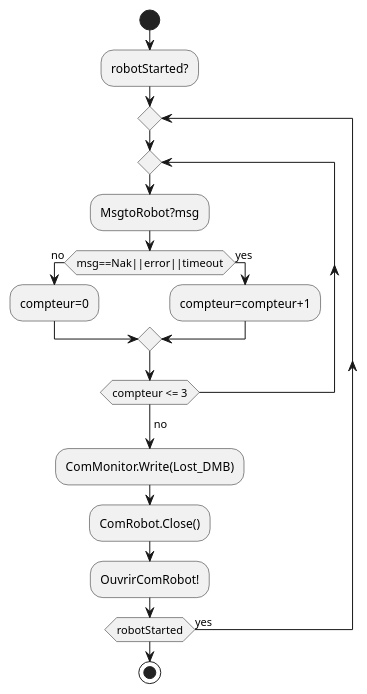
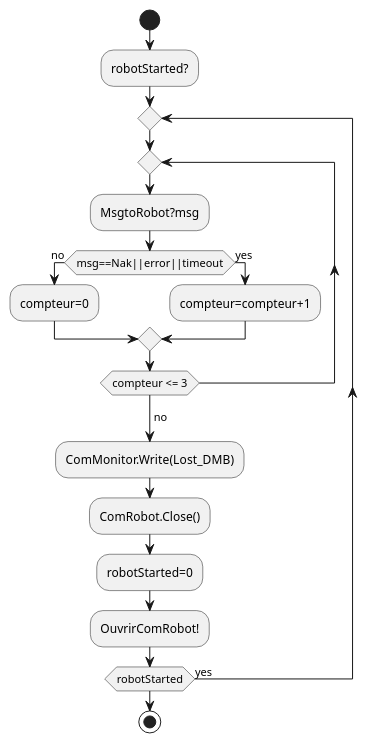
One commit to dotsumae/TP-temps-reel changed the diagram in modele/diagrammes d'activite/8 et 9_pertecomRS.plantuml. Above: the diagram before and after it, drawn with PlantUML.

Commit message:
Update 8 et 9_pertecomRS.plantuml

```diff
--- a/modele/diagrammes d'activite/8 et 9_pertecomRS.plantuml
+++ b/modele/diagrammes d'activite/8 et 9_pertecomRS.plantuml
@@ -1,29 +1,30 @@
 @startuml
 'Fonctionnalite 8 et 9 : 
 
 skinparam monochrome true
 
 start
 :robotStarted?;
 
 repeat
 repeat
 :MsgtoRobot?msg;
 
 if (msg==Nak||error||timeout) then (no)
   :compteur=0;
   else (yes)
   :compteur=compteur+1;
 endif
 
 repeat while (compteur <= 3)
 -> no; 
 :ComMonitor.Write(Lost_DMB);
 :ComRobot.Close();
+:robotStarted=0;
 :OuvrirComRobot!;
 
 
 
 repeat while (robotStarted) is (yes)
 stop
 @enduml
```
